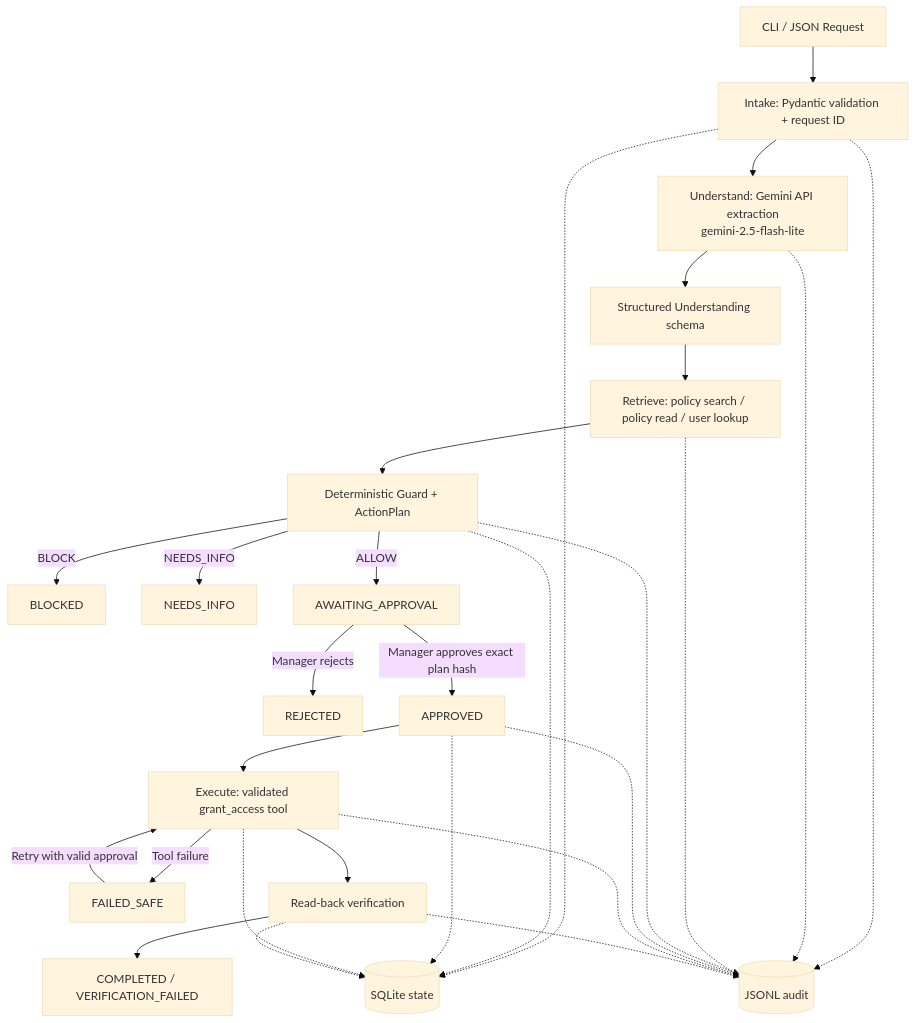
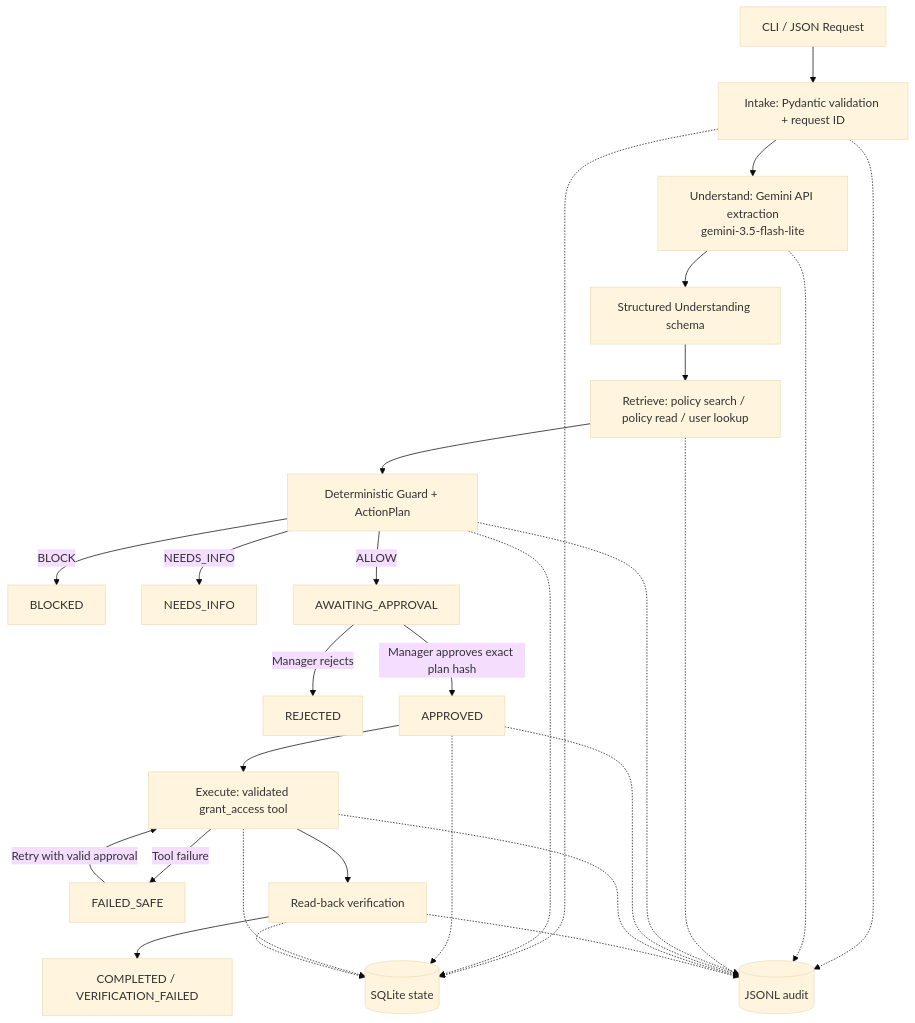
One commit to ofriimor/access-request-assistant changed the diagram in docs/ARCHITECTURE.md. Above: the diagram before and after it, drawn with Mermaid (base theme). The commit also changed other lines of this file and 7 other files, not shown here.

First line of the commit message:
Switch default model to gemini-3.5-flash-lite

````diff
--- a/docs/ARCHITECTURE.md
+++ b/docs/ARCHITECTURE.md
@@ -3,30 +3,30 @@
 ```mermaid
 flowchart TD
     A[CLI / JSON Request] --> B[Intake: Pydantic validation + request ID]
-    B --> C[Understand: Gemini API extraction<br/>gemini-2.5-flash-lite]
+    B --> C[Understand: Gemini API extraction<br/>gemini-3.5-flash-lite]
     C --> D[Structured Understanding schema]
     D --> E[Retrieve: policy search / policy read / user lookup]
     E --> F[Deterministic Guard + ActionPlan]
     F -->|BLOCK| X[BLOCKED]
     F -->|NEEDS_INFO| Y[NEEDS_INFO]
     F -->|ALLOW| G[AWAITING_APPROVAL]
     G -->|Manager rejects| Z[REJECTED]
     G -->|Manager approves exact plan hash| H[APPROVED]
     H --> I[Execute: validated grant_access tool]
     I -->|Tool failure| J[FAILED_SAFE]
     J -->|Retry with valid approval| I
     I --> K[Read-back verification]
     K --> L[COMPLETED / VERIFICATION_FAILED]
     B -.-> M[(SQLite state)]
     F -.-> M
     H -.-> M
     I -.-> M
     K -.-> M
     B -.-> N[(JSONL audit)]
     C -.-> N
     E -.-> N
     F -.-> N
     H -.-> N
     I -.-> N
     K -.-> N
 ```
````
